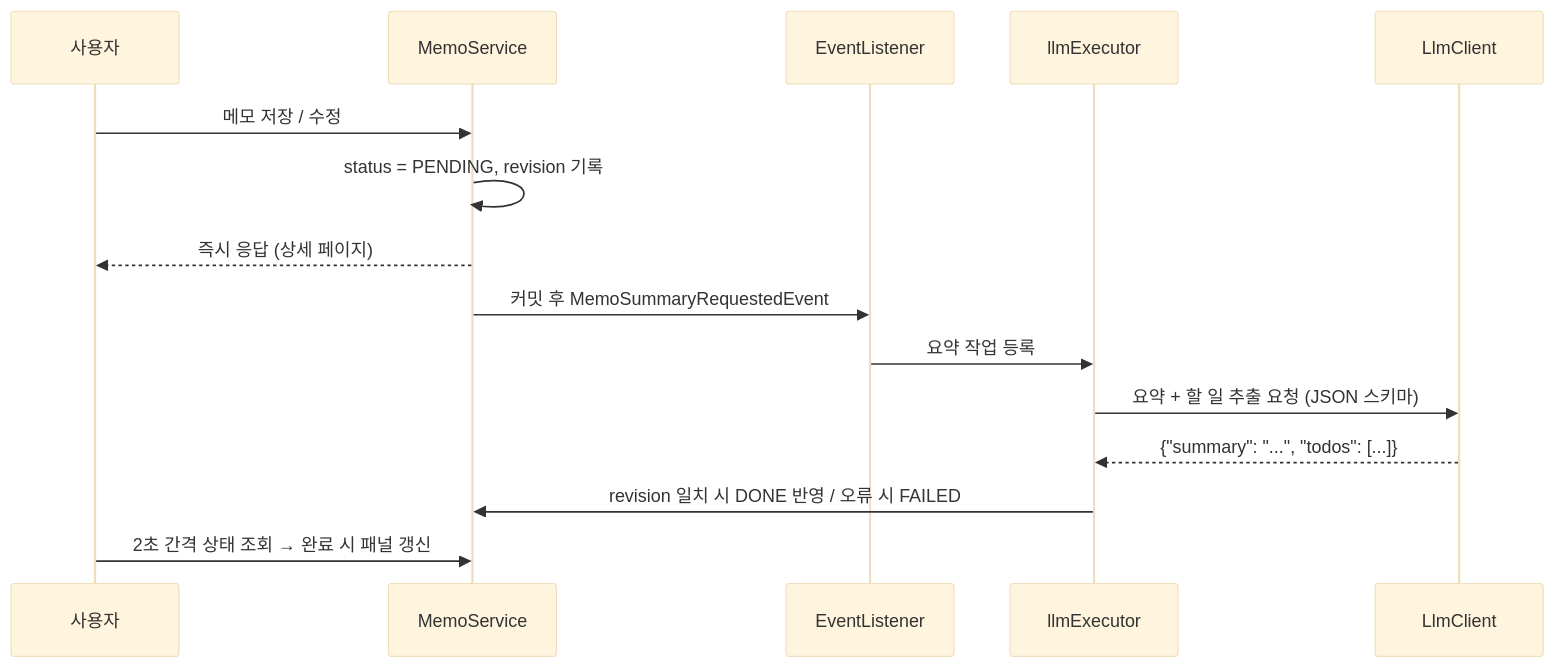
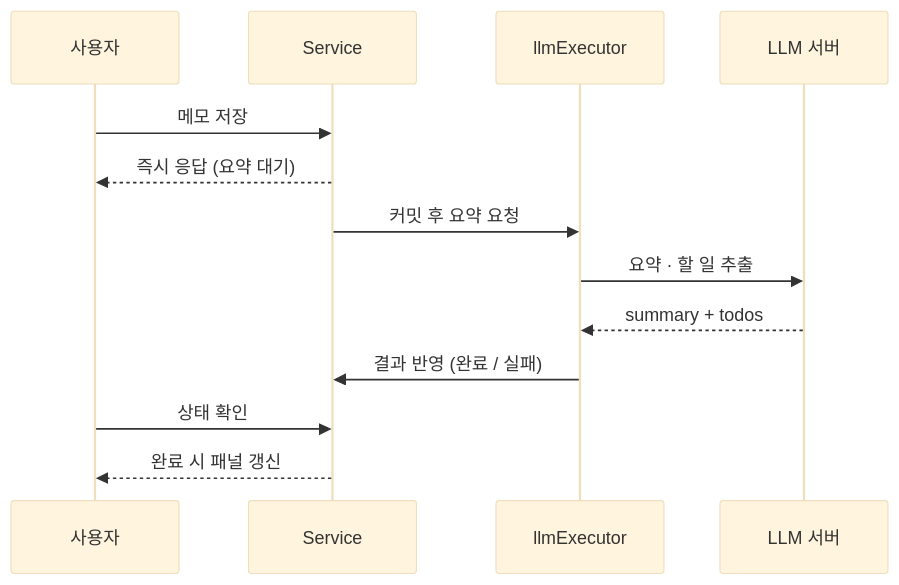
The third of 4 diagrams in README.md (Hasegos/coding-test-project), drawn with Mermaid (base theme) before and after one commit. The commit also changed other lines of this file, not shown here.

````diff
--- a/README.md
+++ b/README.md
@@ -133,17 +160,15 @@
 ```mermaid
 sequenceDiagram
     participant U as 사용자
-    participant S as MemoService
-    participant L as EventListener
+    participant S as Service
     participant E as llmExecutor
-    participant M as LlmClient
-    U->>S: 메모 저장 / 수정
-    S->>S: status = PENDING, revision 기록
-    S-->>U: 즉시 응답 (상세 페이지)
-    S->>L: 커밋 후 MemoSummaryRequestedEvent
-    L->>E: 요약 작업 등록
-    E->>M: 요약 + 할 일 추출 요청 (JSON 스키마)
-    M-->>E: {"summary": "...", "todos": [...]}
-    E->>S: revision 일치 시 DONE 반영 / 오류 시 FAILED
-    U->>S: 2초 간격 상태 조회 → 완료 시 패널 갱신
+    participant M as LLM 서버
+    U->>S: 메모 저장
+    S-->>U: 즉시 응답 (요약 대기)
+    S->>E: 커밋 후 요약 요청
+    E->>M: 요약 · 할 일 추출
+    M-->>E: summary + todos
+    E->>S: 결과 반영 (완료 / 실패)
+    U->>S: 상태 확인
+    S-->>U: 완료 시 패널 갱신
 ```
````
